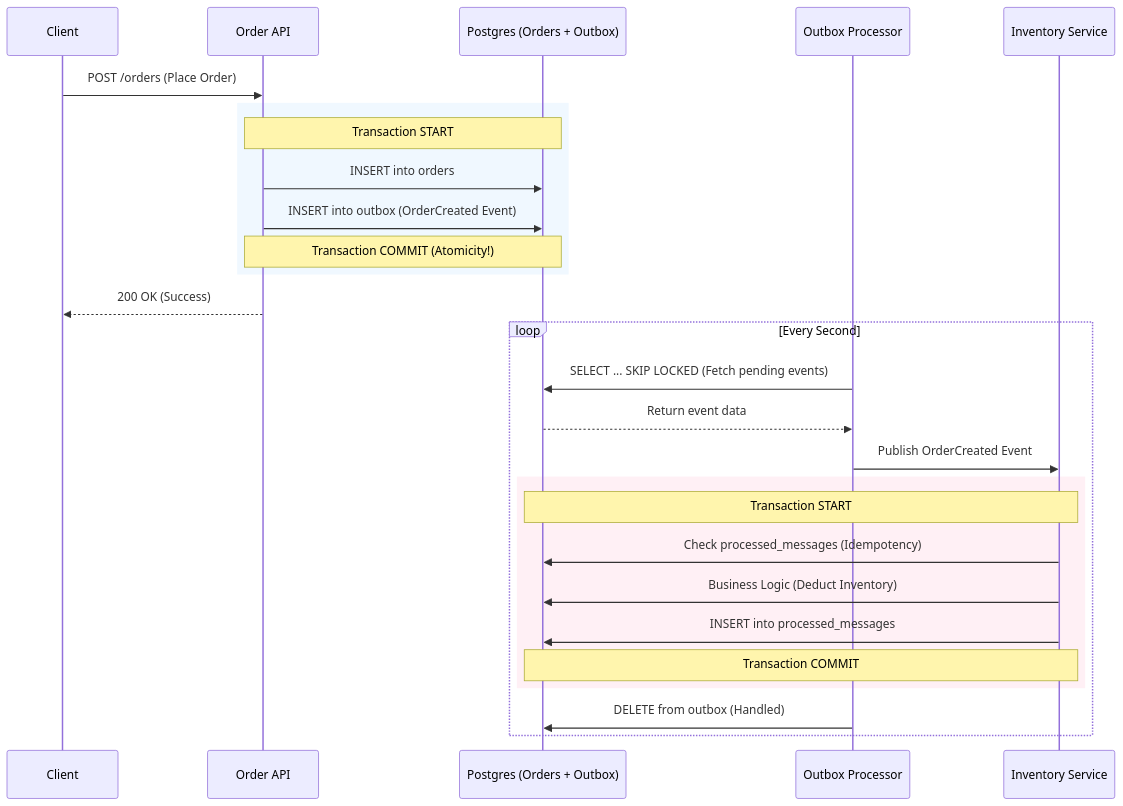
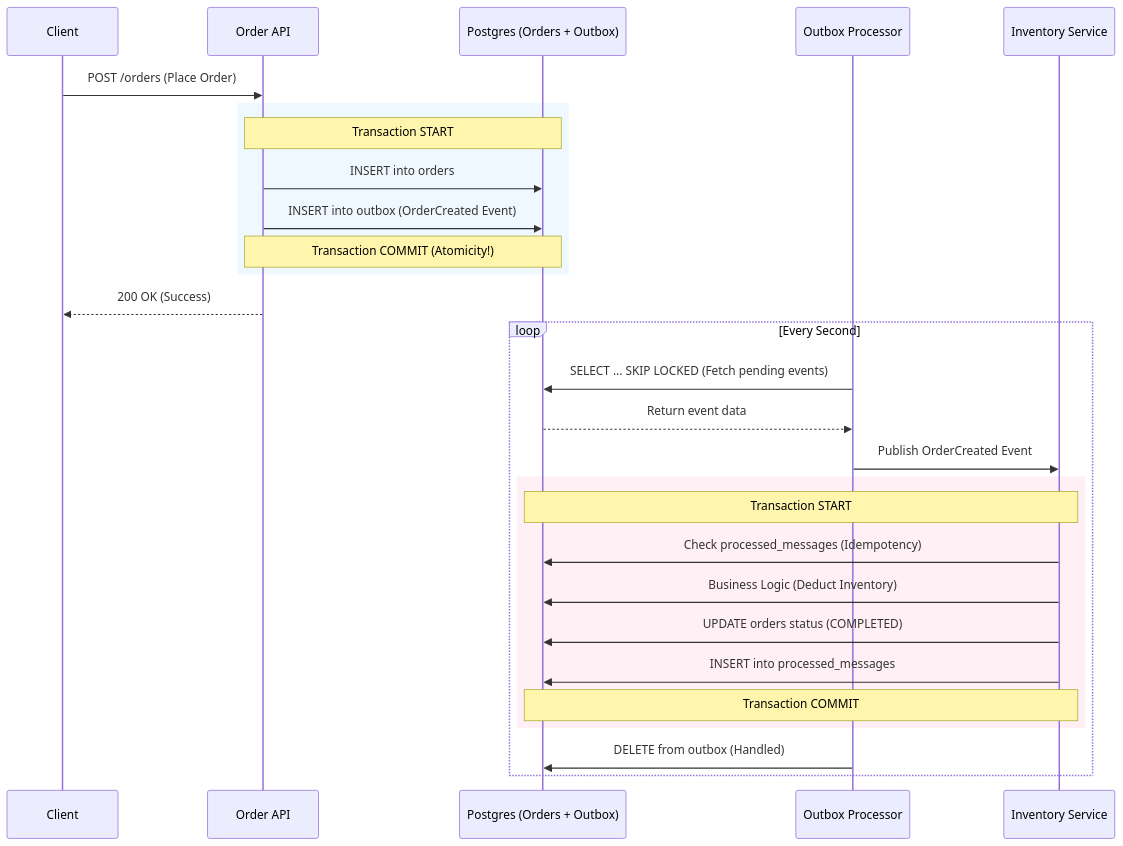
Before and after one commit to AbinterDon/transation-outbox-pattern: the diagram in README.md, drawn with Mermaid. The commit also changed 1 other file, not shown here.

Commit message:
Update sequence diagrams to reflect order status sync

````diff
--- a/README.md
+++ b/README.md
@@ -9,31 +9,32 @@
 ```mermaid
 sequenceDiagram
     participant Client
     participant API as Order API
     participant DB as Postgres (Orders + Outbox)
     participant Worker as Outbox Processor
     participant Consumer as Inventory Service
 
     Client->>API: POST /orders (Place Order)
     rect rgb(240, 248, 255)
     Note over API, DB: Transaction START
     API->>DB: INSERT into orders
     API->>DB: INSERT into outbox (OrderCreated Event)
     Note over API, DB: Transaction COMMIT (Atomicity!)
     end
     API-->>Client: 200 OK (Success)
 
     loop Every Second
         Worker->>DB: SELECT ... SKIP LOCKED (Fetch pending events)
         DB-->>Worker: Return event data
         Worker->>Consumer: Publish OrderCreated Event
         rect rgb(255, 240, 245)
         Note over Consumer, DB: Transaction START
         Consumer->>DB: Check processed_messages (Idempotency)
         Consumer->>DB: Business Logic (Deduct Inventory)
+        Consumer->>DB: UPDATE orders status (COMPLETED)
         Consumer->>DB: INSERT into processed_messages
         Note over Consumer, DB: Transaction COMMIT
         end
         Worker->>DB: DELETE from outbox (Handled)
     end
 ```
````
